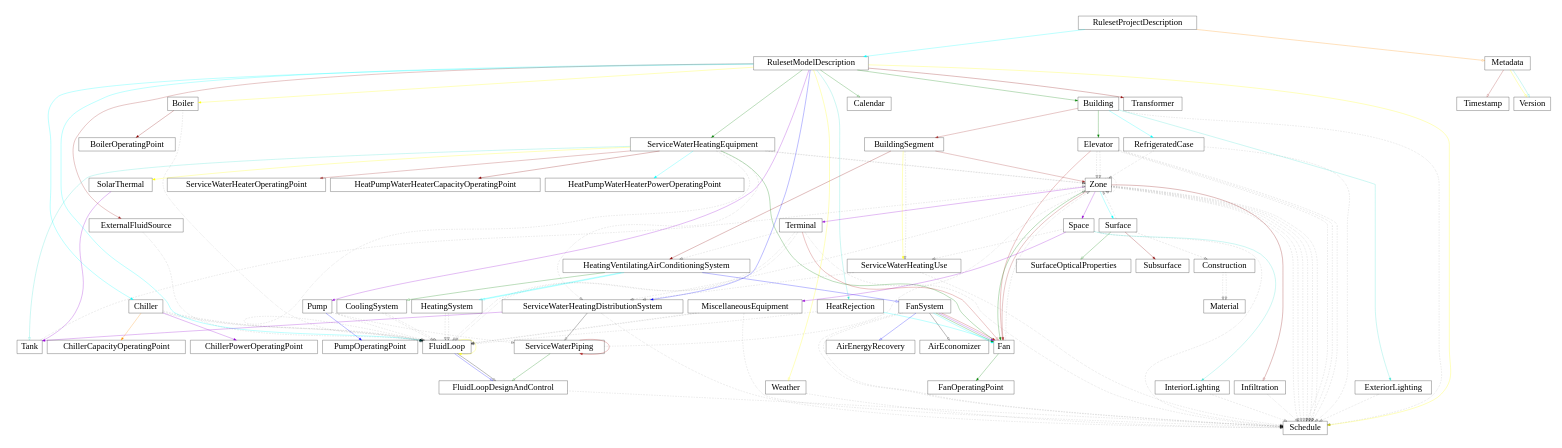
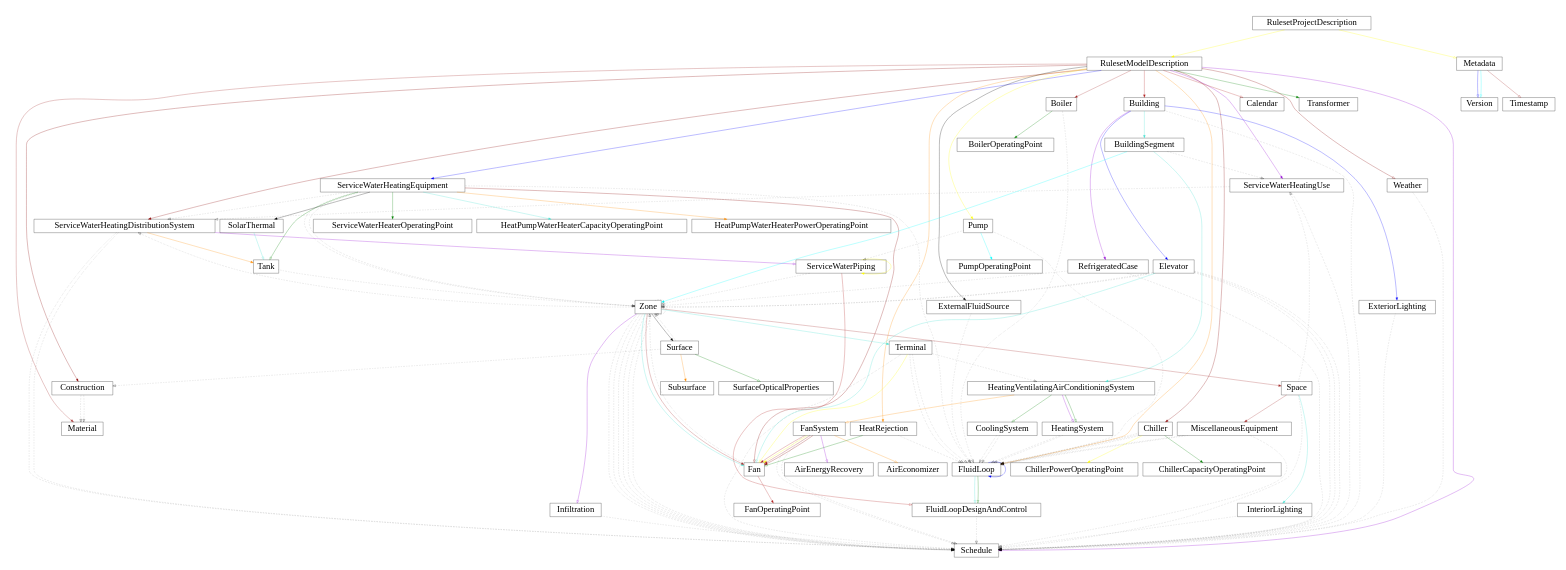
The diagram in docs229/ASHRAE229_connect.gv (open229/ruleset-model-description-schema), drawn with Graphviz before and after one commit. The commit also changed 16 other files, not shown here.

Commit message:
Update docs and the main diagram

```diff
--- a/docs229/ASHRAE229_connect.gv
+++ b/docs229/ASHRAE229_connect.gv
@@ -1,93 +1,95 @@
 digraph G {
     size="10, 10";
     ranksep="1.4";
-  RulesetProjectDescription -> RulesetModelDescription [color="cyan"]
+  RulesetProjectDescription -> RulesetModelDescription [color="yellow"]
   RulesetProjectDescription[fontsize="32" shape="box" height="0.7"]
   RulesetModelDescription[fontsize="32" shape="box" height="0.7"]
-  RulesetProjectDescription -> Metadata [arrowhead=empty color="darkorange"]
+  RulesetProjectDescription -> Metadata [arrowhead=empty color="yellow"]
   Metadata[fontsize="32" shape="box" height="0.7"]
-  Metadata -> Version [arrowhead=empty color="yellow"]
+  Metadata -> Version [arrowhead=empty color="blue"]
   Version[fontsize="32" shape="box" height="0.7"]
   Metadata -> Timestamp [arrowhead=empty color="brown"]
   Timestamp[fontsize="32" shape="box" height="0.7"]
-  Metadata -> Version [arrowhead=empty color="turquoise"]
-  RulesetModelDescription -> Transformer [color="darkred"]
+  Metadata -> Version [arrowhead=empty color="cyan"]
+  RulesetModelDescription -> Transformer [color="green"]
   Transformer[fontsize="32" shape="box" height="0.7"]
-  RulesetModelDescription -> Building [color="green"]
+  RulesetModelDescription -> Building [color="firebrick"]
   Building[fontsize="32" shape="box" height="0.7"]
-  RulesetModelDescription -> Schedule [color="yellow"]
+  RulesetModelDescription -> Schedule [color="darkviolet"]
   Schedule[fontsize="32" shape="box" height="0.7"]
-  RulesetModelDescription -> FluidLoop [color="cyan"]
+  RulesetModelDescription -> Material [color="brown"]
+  Material[fontsize="32" shape="box" height="0.7"]
+  RulesetModelDescription -> Construction [color="darkred"]
+  Construction[fontsize="32" shape="box" height="0.7"]
+  RulesetModelDescription -> FluidLoop [color="darkorange"]
   FluidLoop[fontsize="32" shape="box" height="0.7"]
-  RulesetModelDescription -> ServiceWaterHeatingDistributionSystem [color="blue"]
+  RulesetModelDescription -> ServiceWaterHeatingDistributionSystem [color="darkred"]
   ServiceWaterHeatingDistributionSystem[fontsize="32" shape="box" height="0.7"]
-  RulesetModelDescription -> ServiceWaterHeatingEquipment [color="green"]
+  RulesetModelDescription -> ServiceWaterHeatingEquipment [color="blue"]
   ServiceWaterHeatingEquipment[fontsize="32" shape="box" height="0.7"]
-  RulesetModelDescription -> Pump [color="darkviolet"]
+  RulesetModelDescription -> ServiceWaterHeatingUse [color="darkviolet"]
+  ServiceWaterHeatingUse[fontsize="32" shape="box" height="0.7"]
+  RulesetModelDescription -> Pump [color="yellow"]
   Pump[fontsize="32" shape="box" height="0.7"]
-  RulesetModelDescription -> Boiler [color="yellow"]
+  RulesetModelDescription -> Boiler [color="brown"]
   Boiler[fontsize="32" shape="box" height="0.7"]
-  RulesetModelDescription -> Chiller [color="cyan"]
+  RulesetModelDescription -> Chiller [color="darkred"]
   Chiller[fontsize="32" shape="box" height="0.7"]
-  RulesetModelDescription -> HeatRejection [color="turquoise"]
+  RulesetModelDescription -> HeatRejection [color="darkorange"]
   HeatRejection[fontsize="32" shape="box" height="0.7"]
-  RulesetModelDescription -> ExternalFluidSource [color="brown"]
+  RulesetModelDescription -> ExternalFluidSource [color="black"]
   ExternalFluidSource[fontsize="32" shape="box" height="0.7"]
-  RulesetModelDescription -> Calendar [arrowhead=empty color="green"]
+  RulesetModelDescription -> Calendar [arrowhead=empty color="firebrick"]
   Calendar[fontsize="32" shape="box" height="0.7"]
-  RulesetModelDescription -> Weather [arrowhead=empty color="yellow"]
+  RulesetModelDescription -> Weather [arrowhead=empty color="darkred"]
   Weather[fontsize="32" shape="box" height="0.7"]
-  Building -> BuildingSegment [color="brown"]
+  Building -> BuildingSegment [color="turquoise"]
   BuildingSegment[fontsize="32" shape="box" height="0.7"]
-  Building -> Elevator [color="green"]
+  Building -> Elevator [color="blue"]
   Elevator[fontsize="32" shape="box" height="0.7"]
-  Building -> ExteriorLighting [color="turquoise"]
+  Building -> ExteriorLighting [color="blue"]
   ExteriorLighting[fontsize="32" shape="box" height="0.7"]
-  Building -> RefrigeratedCase [color="cyan"]
+  Building -> RefrigeratedCase [color="darkviolet"]
   RefrigeratedCase[fontsize="32" shape="box" height="0.7"]
   Building -> Schedule [style=dotted arrowhead=empty] 
-  BuildingSegment -> Zone [color="brown"]
+  BuildingSegment -> Zone [color="cyan"]
   Zone[fontsize="32" shape="box" height="0.7"]
-  BuildingSegment -> HeatingVentilatingAirConditioningSystem [color="darkred"]
+  BuildingSegment -> HeatingVentilatingAirConditioningSystem [color="turquoise"]
   HeatingVentilatingAirConditioningSystem[fontsize="32" shape="box" height="0.7"]
-  BuildingSegment -> ServiceWaterHeatingUse [color="yellow"]
-  ServiceWaterHeatingUse[fontsize="32" shape="box" height="0.7"]
   BuildingSegment -> ServiceWaterHeatingUse [style=dotted arrowhead=empty] 
-  Zone -> Space [color="darkviolet"]
+  Zone -> Space [color="brown"]
   Space[fontsize="32" shape="box" height="0.7"]
-  Zone -> Surface [color="cyan"]
+  Zone -> Surface [color="black"]
   Surface[fontsize="32" shape="box" height="0.7"]
-  Zone -> Infiltration [arrowhead=empty color="darkred"]
+  Zone -> Infiltration [arrowhead=empty color="darkviolet"]
   Infiltration[fontsize="32" shape="box" height="0.7"]
   Zone -> Schedule [style=dotted arrowhead=empty] 
   Zone -> Schedule [style=dotted arrowhead=empty] 
   Zone -> Schedule [style=dotted arrowhead=empty] 
   Zone -> Schedule [style=dotted arrowhead=empty] 
-  Zone -> Terminal [color="darkviolet"]
+  Zone -> Terminal [color="turquoise"]
   Terminal[fontsize="32" shape="box" height="0.7"]
   Zone -> ServiceWaterHeatingDistributionSystem [style=dotted arrowhead=empty] 
   Zone -> Zone [style=dotted arrowhead=empty] 
-  Zone -> Fan [color="green"]
+  Zone -> Fan [color="turquoise"]
   Fan[fontsize="32" shape="box" height="0.7"]
   Zone -> Schedule [style=dotted arrowhead=empty] 
   Zone -> Fan [color="brown"]
   Zone -> Schedule [style=dotted arrowhead=empty] 
   Space -> InteriorLighting [color="turquoise"]
   InteriorLighting[fontsize="32" shape="box" height="0.7"]
-  Space -> MiscellaneousEquipment [color="darkviolet"]
+  Space -> MiscellaneousEquipment [color="brown"]
   MiscellaneousEquipment[fontsize="32" shape="box" height="0.7"]
   Space -> Schedule [style=dotted arrowhead=empty] 
   Space -> ServiceWaterHeatingUse [style=dotted arrowhead=empty] 
   Infiltration -> Schedule [style=dotted arrowhead=empty] 
-  Surface -> Subsurface [color="darkred"]
+  Surface -> Subsurface [color="darkorange"]
   Subsurface[fontsize="32" shape="box" height="0.7"]
   Surface -> Zone [style=dotted arrowhead=empty] 
   Surface -> Construction [style=dotted arrowhead=empty] 
-  Construction[fontsize="32" shape="box" height="0.7"]
   Surface -> SurfaceOpticalProperties [arrowhead=empty color="green"]
   SurfaceOpticalProperties[fontsize="32" shape="box" height="0.7"]
   Construction -> Material [style=dotted arrowhead=empty] 
-  Material[fontsize="32" shape="box" height="0.7"]
   Construction -> Material [style=dotted arrowhead=empty] 
   InteriorLighting -> Schedule [style=dotted arrowhead=empty] 
   MiscellaneousEquipment -> Schedule [style=dotted arrowhead=empty] 
@@ -96,83 +98,84 @@
   Weather -> Schedule [style=dotted arrowhead=empty] 
   Elevator -> Zone [style=dotted arrowhead=empty] 
   Elevator -> Zone [style=dotted arrowhead=empty] 
-  Elevator -> Fan [arrowhead=empty color="firebrick"]
+  Elevator -> Fan [arrowhead=empty color="turquoise"]
   Elevator -> Schedule [style=dotted arrowhead=empty] 
   Elevator -> Schedule [style=dotted arrowhead=empty] 
   Elevator -> Schedule [style=dotted arrowhead=empty] 
-  HeatingVentilatingAirConditioningSystem -> FanSystem [arrowhead=empty color="blue"]
+  HeatingVentilatingAirConditioningSystem -> FanSystem [arrowhead=empty color="darkorange"]
   FanSystem[fontsize="32" shape="box" height="0.7"]
-  HeatingVentilatingAirConditioningSystem -> HeatingSystem [arrowhead=empty color="cyan"]
+  HeatingVentilatingAirConditioningSystem -> HeatingSystem [arrowhead=empty color="darkviolet"]
   HeatingSystem[fontsize="32" shape="box" height="0.7"]
   HeatingVentilatingAirConditioningSystem -> CoolingSystem [arrowhead=empty color="green"]
   CoolingSystem[fontsize="32" shape="box" height="0.7"]
-  HeatingVentilatingAirConditioningSystem -> HeatingSystem [arrowhead=empty color="cyan"]
+  HeatingVentilatingAirConditioningSystem -> HeatingSystem [arrowhead=empty color="green"]
   HeatingSystem -> FluidLoop [style=dotted arrowhead=empty] 
   HeatingSystem -> FluidLoop [style=dotted arrowhead=empty] 
   CoolingSystem -> FluidLoop [style=dotted arrowhead=empty] 
   CoolingSystem -> FluidLoop [style=dotted arrowhead=empty] 
-  FanSystem -> Fan [color="cyan"]
-  FanSystem -> Fan [color="green"]
-  FanSystem -> Fan [color="darkviolet"]
   FanSystem -> Fan [color="firebrick"]
-  FanSystem -> AirEconomizer [arrowhead=empty color="black"]
+  FanSystem -> Fan [color="yellow"]
+  FanSystem -> Fan [color="brown"]
+  FanSystem -> Fan [color="darkred"]
+  FanSystem -> AirEconomizer [arrowhead=empty color="darkorange"]
   AirEconomizer[fontsize="32" shape="box" height="0.7"]
-  FanSystem -> AirEnergyRecovery [arrowhead=empty color="blue"]
+  FanSystem -> AirEnergyRecovery [arrowhead=empty color="darkviolet"]
   AirEnergyRecovery[fontsize="32" shape="box" height="0.7"]
   FanSystem -> Schedule [style=dotted arrowhead=empty] 
   FanSystem -> Schedule [style=dotted arrowhead=empty] 
   Fan -> Zone [style=dotted arrowhead=empty] 
-  Fan -> FanOperatingPoint [color="green"]
+  Fan -> FanOperatingPoint [color="firebrick"]
   FanOperatingPoint[fontsize="32" shape="box" height="0.7"]
   Terminal -> HeatingVentilatingAirConditioningSystem [style=dotted arrowhead=empty] 
   Terminal -> FluidLoop [style=dotted arrowhead=empty] 
   Terminal -> FluidLoop [style=dotted arrowhead=empty] 
-  Terminal -> Fan [arrowhead=empty color="firebrick"]
+  Terminal -> Fan [arrowhead=empty color="yellow"]
   Terminal -> Schedule [style=dotted arrowhead=empty] 
-  FluidLoop -> FluidLoop [color="yellow"]
-  FluidLoop -> FluidLoopDesignAndControl [arrowhead=empty color="blue"]
+  FluidLoop -> FluidLoop [color="blue"]
+  FluidLoop -> FluidLoopDesignAndControl [arrowhead=empty color="turquoise"]
   FluidLoopDesignAndControl[fontsize="32" shape="box" height="0.7"]
-  FluidLoop -> FluidLoopDesignAndControl [arrowhead=empty color="black"]
+  FluidLoop -> FluidLoopDesignAndControl [arrowhead=empty color="green"]
   FluidLoopDesignAndControl -> Schedule [style=dotted arrowhead=empty] 
   Pump -> FluidLoop [style=dotted arrowhead=empty] 
   Pump -> ServiceWaterPiping [style=dotted arrowhead=empty] 
   ServiceWaterPiping[fontsize="32" shape="box" height="0.7"]
-  Pump -> PumpOperatingPoint [color="blue"]
+  Pump -> PumpOperatingPoint [color="cyan"]
   PumpOperatingPoint[fontsize="32" shape="box" height="0.7"]
   Boiler -> FluidLoop [style=dotted arrowhead=empty] 
-  Boiler -> BoilerOperatingPoint [color="darkred"]
+  Boiler -> BoilerOperatingPoint [color="green"]
   BoilerOperatingPoint[fontsize="32" shape="box" height="0.7"]
   Chiller -> FluidLoop [style=dotted arrowhead=empty] 
   Chiller -> FluidLoop [style=dotted arrowhead=empty] 
-  Chiller -> ChillerCapacityOperatingPoint [color="darkorange"]
+  Chiller -> ChillerCapacityOperatingPoint [color="green"]
   ChillerCapacityOperatingPoint[fontsize="32" shape="box" height="0.7"]
-  Chiller -> ChillerPowerOperatingPoint [color="darkviolet"]
+  Chiller -> ChillerPowerOperatingPoint [color="yellow"]
   ChillerPowerOperatingPoint[fontsize="32" shape="box" height="0.7"]
   Chiller -> FluidLoop [style=dotted arrowhead=empty] 
   HeatRejection -> FluidLoop [style=dotted arrowhead=empty] 
-  HeatRejection -> Fan [arrowhead=empty color="cyan"]
+  HeatRejection -> Fan [arrowhead=empty color="green"]
   ExternalFluidSource -> FluidLoop [style=dotted arrowhead=empty] 
-  ServiceWaterHeatingDistributionSystem -> Tank [color="darkviolet"]
+  ServiceWaterHeatingDistributionSystem -> Tank [color="darkorange"]
   Tank[fontsize="32" shape="box" height="0.7"]
-  ServiceWaterHeatingDistributionSystem -> ServiceWaterPiping [arrowhead=empty color="black"]
+  ServiceWaterHeatingDistributionSystem -> ServiceWaterPiping [arrowhead=empty color="darkviolet"]
+  ServiceWaterHeatingDistributionSystem -> Schedule [style=dotted arrowhead=empty] 
   ServiceWaterHeatingDistributionSystem -> Schedule [style=dotted arrowhead=empty] 
   ServiceWaterPiping -> Zone [style=dotted arrowhead=empty] 
-  ServiceWaterPiping -> ServiceWaterPiping [color="firebrick"]
-  ServiceWaterPiping -> FluidLoopDesignAndControl [arrowhead=empty color="green"]
-  SolarThermal -> Tank [arrowhead=empty color="darkviolet"]
+  ServiceWaterPiping -> ServiceWaterPiping [color="yellow"]
+  ServiceWaterPiping -> FluidLoopDesignAndControl [arrowhead=empty color="firebrick"]
+  SolarThermal -> Tank [arrowhead=empty color="turquoise"]
   SolarThermal[fontsize="32" shape="box" height="0.7"]
   ServiceWaterHeatingEquipment -> ServiceWaterHeatingDistributionSystem [style=dotted arrowhead=empty] 
-  ServiceWaterHeatingEquipment -> ServiceWaterHeaterOperatingPoint [color="brown"]
+  ServiceWaterHeatingEquipment -> ServiceWaterHeaterOperatingPoint [color="green"]
   ServiceWaterHeaterOperatingPoint[fontsize="32" shape="box" height="0.7"]
   ServiceWaterHeatingEquipment -> Zone [style=dotted arrowhead=empty] 
   ServiceWaterHeatingEquipment -> Zone [style=dotted arrowhead=empty] 
-  ServiceWaterHeatingEquipment -> HeatPumpWaterHeaterCapacityOperatingPoint [color="darkred"]
+  ServiceWaterHeatingEquipment -> HeatPumpWaterHeaterCapacityOperatingPoint [color="turquoise"]
   HeatPumpWaterHeaterCapacityOperatingPoint[fontsize="32" shape="box" height="0.7"]
-  ServiceWaterHeatingEquipment -> HeatPumpWaterHeaterPowerOperatingPoint [color="cyan"]
+  ServiceWaterHeatingEquipment -> HeatPumpWaterHeaterPowerOperatingPoint [color="darkorange"]
   HeatPumpWaterHeaterPowerOperatingPoint[fontsize="32" shape="box" height="0.7"]
-  ServiceWaterHeatingEquipment -> Fan [arrowhead=empty color="green"]
-  ServiceWaterHeatingEquipment -> Tank [arrowhead=empty color="turquoise"]
-  ServiceWaterHeatingEquipment -> SolarThermal [color="yellow"]
+  ServiceWaterHeatingEquipment -> Fan [arrowhead=empty color="darkred"]
+  ServiceWaterHeatingEquipment -> Tank [arrowhead=empty color="green"]
+  ServiceWaterHeatingEquipment -> SolarThermal [color="black"]
   ServiceWaterHeatingEquipment -> FluidLoop [style=dotted arrowhead=empty] 
   Tank -> Zone [style=dotted arrowhead=empty] 
   ServiceWaterHeatingUse -> ServiceWaterHeatingDistributionSystem [style=dotted arrowhead=empty] 
```
